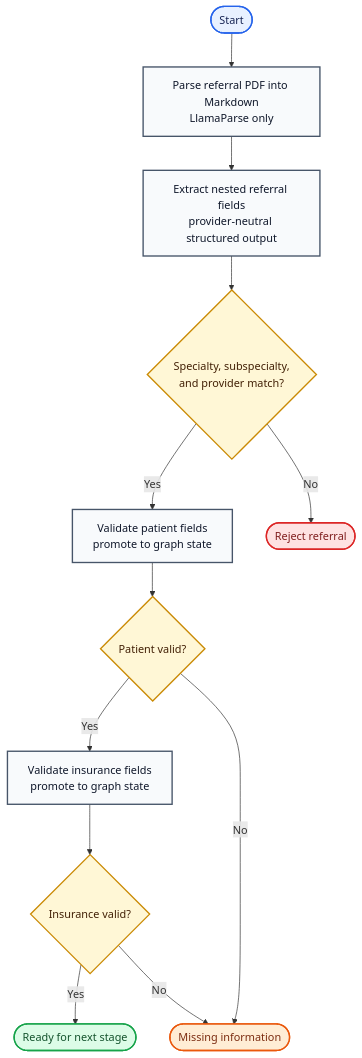
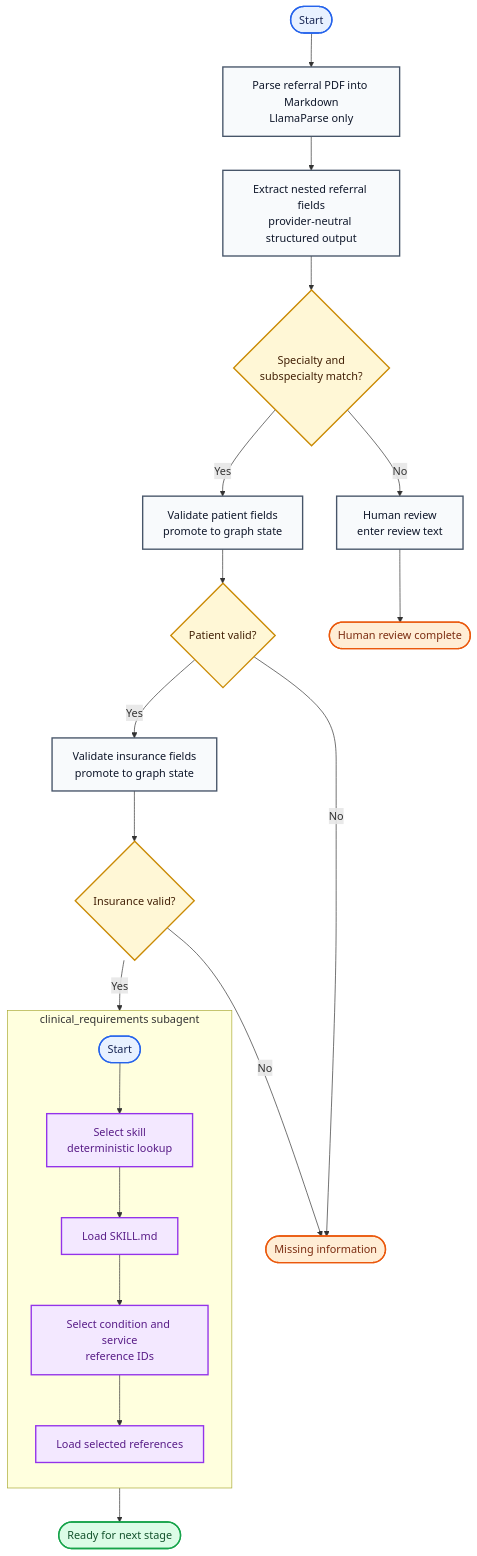
The diagram in docs/referral-intake-agent-flow.md (MahanyaKochhar/Stream-IO), drawn with Mermaid before and after one commit. The commit also changed other lines of this file and 27 other files, not shown here.

Commit message:
SubAgent as Node, skills directory Added clinical requirements subagent, skills storage, discovery, disclosure

````diff
--- a/docs/referral-intake-agent-flow.md
+++ b/docs/referral-intake-agent-flow.md
@@ -9,41 +14,59 @@
 ```mermaid
 flowchart TD
     START([Start])
     PARSE[Parse referral PDF into Markdown<br/>LlamaParse only]
     EXTRACT[Extract nested referral fields<br/>provider-neutral structured output]
-    ROUTING{"Specialty, subspecialty,<br/>and provider match?"}
+    ROUTING{"Specialty and<br/>subspecialty match?"}
     PATIENT[Validate patient fields<br/>promote to graph state]
     PATIENT_VALID{"Patient valid?"}
     INSURANCE[Validate insurance fields<br/>promote to graph state]
     INSURANCE_VALID{"Insurance valid?"}
 
-    REJECT([Reject referral])
+    subgraph CLINICAL_REQUIREMENTS["clinical_requirements subagent"]
+        direction TB
+        CR_START([Start])
+        SELECT_SKILL[Select skill<br/>deterministic lookup]
+        LOAD_SKILL[Load SKILL.md]
+        SELECT_REFERENCES[Select condition and service<br/>reference IDs]
+        LOAD_REFERENCES[Load selected references]
+
+        CR_START --> SELECT_SKILL
+        SELECT_SKILL --> LOAD_SKILL
+        LOAD_SKILL --> SELECT_REFERENCES
+        SELECT_REFERENCES --> LOAD_REFERENCES
+    end
+
+    HUMAN_REVIEW[Human review<br/>enter review text]
+    REVIEWED([Human review complete])
     MISSING_INFO([Missing information])
     NEXT_STAGE([Ready for next stage])
 
     START --> PARSE
     PARSE --> EXTRACT
     EXTRACT --> ROUTING
     ROUTING -->|Yes| PATIENT
-    ROUTING -->|No| REJECT
+    ROUTING -->|No| HUMAN_REVIEW
+    HUMAN_REVIEW --> REVIEWED
     PATIENT --> PATIENT_VALID
     PATIENT_VALID -->|Yes| INSURANCE
     PATIENT_VALID -->|No| MISSING_INFO
     INSURANCE --> INSURANCE_VALID
-    INSURANCE_VALID -->|Yes| NEXT_STAGE
+    INSURANCE_VALID -->|Yes| CR_START
     INSURANCE_VALID -->|No| MISSING_INFO
+    LOAD_REFERENCES --> NEXT_STAGE
 
     classDef input fill:#e8f1ff,stroke:#2563eb,color:#172554,stroke-width:2px;
     classDef process fill:#f8fafc,stroke:#475569,color:#0f172a,stroke-width:2px;
     classDef decision fill:#fff7d6,stroke:#ca8a04,color:#422006,stroke-width:2px;
     classDef success fill:#dcfce7,stroke:#16a34a,color:#14532d,stroke-width:2px;
     classDef attention fill:#ffedd5,stroke:#ea580c,color:#7c2d12,stroke-width:2px;
     classDef failure fill:#fee2e2,stroke:#dc2626,color:#7f1d1d,stroke-width:2px;
+    classDef subagent fill:#f3e8ff,stroke:#9333ea,color:#581c87,stroke-width:2px;
 
-    class START input;
-    class PARSE,EXTRACT,PATIENT,INSURANCE process;
+    class START,CR_START input;
+    class PARSE,EXTRACT,PATIENT,INSURANCE,HUMAN_REVIEW process;
+    class SELECT_SKILL,LOAD_SKILL,SELECT_REFERENCES,LOAD_REFERENCES subagent;
     class ROUTING,PATIENT_VALID,INSURANCE_VALID decision;
     class NEXT_STAGE success;
-    class MISSING_INFO attention;
-    class REJECT failure;
+    class MISSING_INFO,REVIEWED attention;
 ```
````
